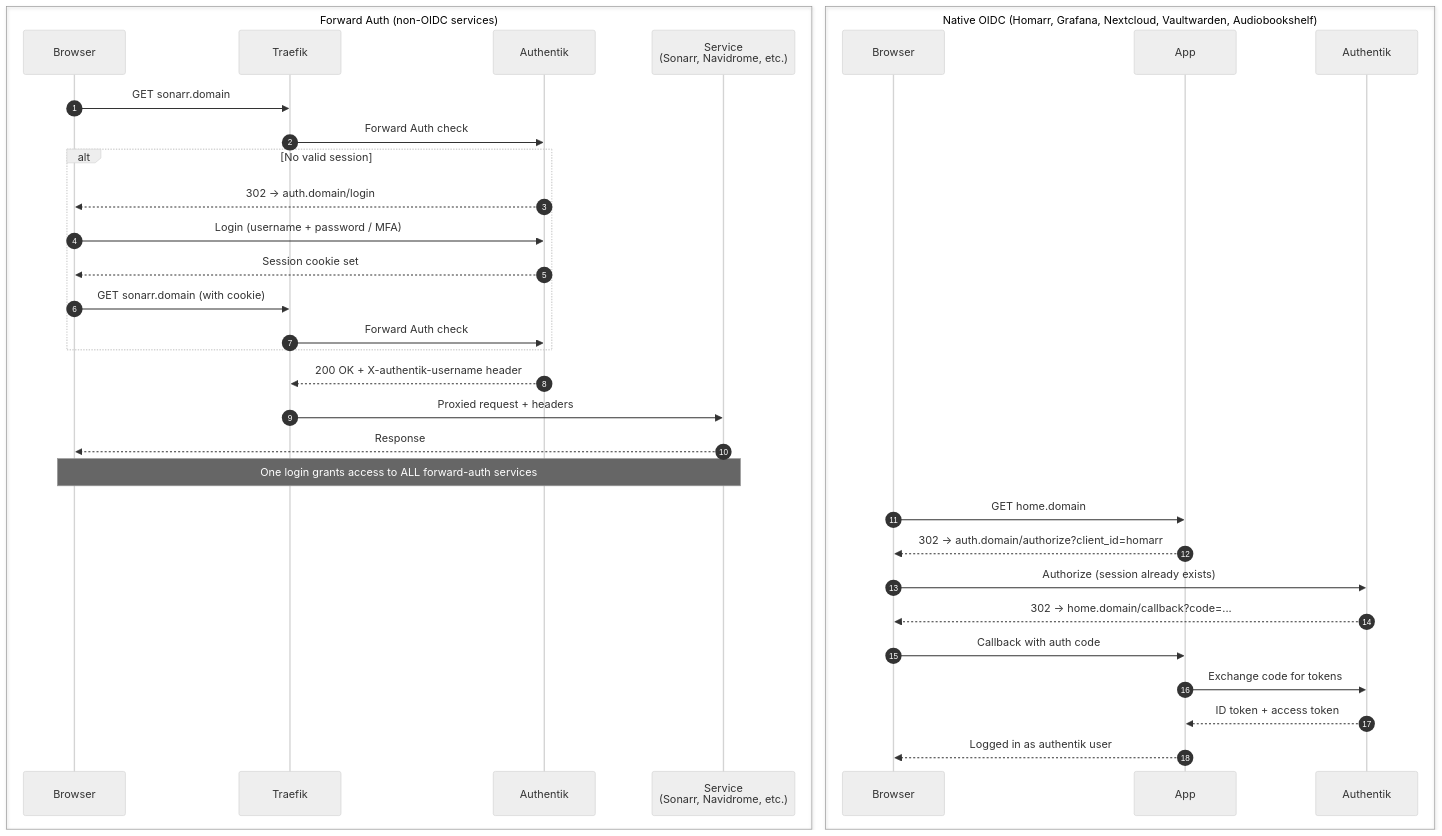
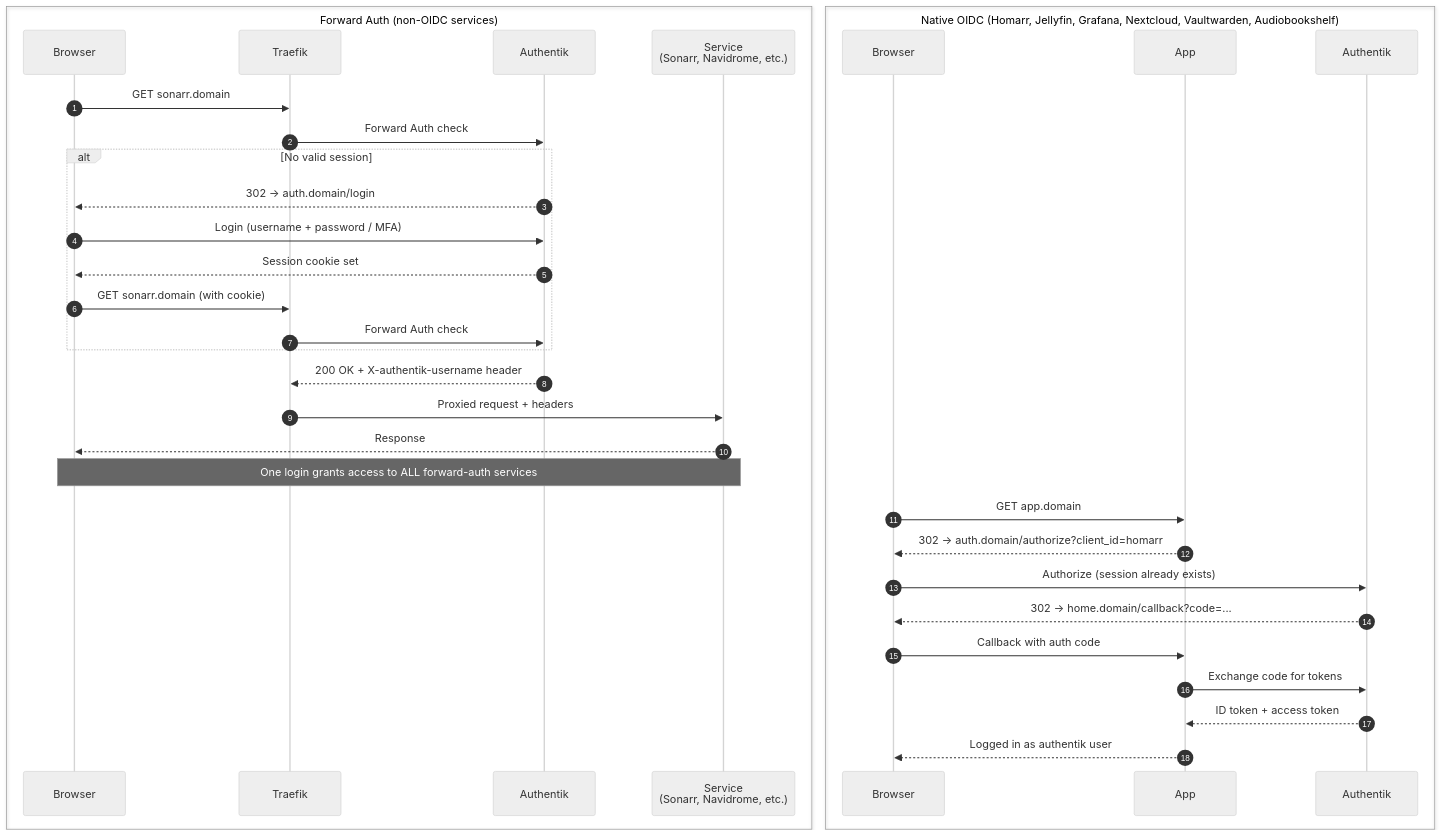
Before and after one commit to MachineSaver/ultimate-self-hosted: the second of 3 diagrams in README.md, drawn with Mermaid (neutral theme). The commit also changed other lines of this file and 13 other files, not shown here.

````diff
--- a/README.md
+++ b/README.md
@@ -121,41 +121,41 @@
 ```mermaid
 sequenceDiagram
     autonumber
 
     box Forward Auth (non-OIDC services)
         participant B1 as Browser
         participant T as Traefik
         participant AK as Authentik
         participant S as Service<br/>(Sonarr, Navidrome, etc.)
     end
 
     B1->>T: GET sonarr.domain
     T->>AK: Forward Auth check
     alt No valid session
         AK-->>B1: 302 → auth.domain/login
         B1->>AK: Login (username + password / MFA)
         AK-->>B1: Session cookie set
         B1->>T: GET sonarr.domain (with cookie)
         T->>AK: Forward Auth check
     end
     AK-->>T: 200 OK + X-authentik-username header
     T->>S: Proxied request + headers
     S-->>B1: Response
 
     note over B1,S: One login grants access to ALL forward-auth services
 
-    box Native OIDC (Homarr, Grafana, Nextcloud, Vaultwarden, Audiobookshelf)
+    box Native OIDC (Homarr, Jellyfin, Grafana, Nextcloud, Vaultwarden, Audiobookshelf)
         participant B2 as Browser
         participant App as App
         participant AK2 as Authentik
     end
 
-    B2->>App: GET home.domain
+    B2->>App: GET app.domain
     App-->>B2: 302 → auth.domain/authorize?client_id=homarr
     B2->>AK2: Authorize (session already exists)
     AK2-->>B2: 302 → home.domain/callback?code=...
     B2->>App: Callback with auth code
     App->>AK2: Exchange code for tokens
     AK2-->>App: ID token + access token
     App-->>B2: Logged in as authentik user
 ```
````
